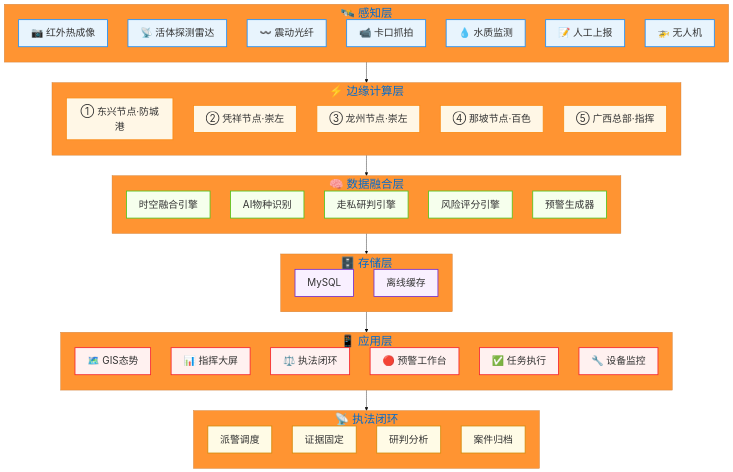
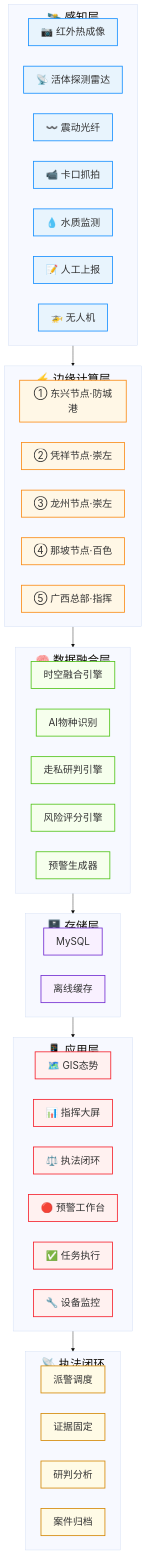
Before and after one commit to ppqqmeimei-create/reyanqinxiao: the diagram in architecture/README.md, drawn with Mermaid.

Commit message:
fix: 添加padding防止标题被边框遮挡
Made-with: Cursor

````diff
--- a/architecture/README.md
+++ b/architecture/README.md
@@ -27,9 +27,8 @@
 ```mermaid
-%%{init: {'theme': 'base', 'themeVariables': { 'fontSize': '24px', 'titleFontSize': '28px', 'primaryColor': '#1890ff', 'border2': '#fa8c16'}}}%%
+%%{init: {'theme': 'base', 'themeVariables': { 'fontSize': '24px', 'titleFontSize': '28px'}}}%%
 flowchart TB
     %% ============ 感知层 ============
-    subgraph S1["<div style='text-align: center; font-size: 28px;'>🛰️ 感知层</div>"]
-        direction TB
+    subgraph S1["<div style='text-align: center; font-size: 28px; padding: 10px;'>🛰️ 感知层</div>"]
         S1_1["📷 红外热成像"]
         S1_2["📡 活体探测雷达"]
         S1_3["〰️ 震动光纤"]
@@ -40,8 +39,7 @@
     end
 
     %% ============ 边缘计算层 ============
-    subgraph S2["<div style='text-align: center; font-size: 28px;'>⚡ 边缘计算层</div>"]
-        direction TB
+    subgraph S2["<div style='text-align: center; font-size: 28px; padding: 10px;'>⚡ 边缘计算层</div>"]
         E1["① 东兴节点·防城港"]
         E2["② 凭祥节点·崇左"]
         E3["③ 龙州节点·崇左"]
@@ -50,8 +48,7 @@
     end
 
     %% ============ 数据融合层 ============
-    subgraph S3["<div style='text-align: center; font-size: 28px;'>🧠 数据融合层</div>"]
-        direction TB
+    subgraph S3["<div style='text-align: center; font-size: 28px; padding: 10px;'>🧠 数据融合层</div>"]
         FUSE["时空融合引擎"]
         AI["AI物种识别"]
         JUDGE["走私研判引擎"]
@@ -60,15 +57,13 @@
     end
 
     %% ============ 存储层 ============
-    subgraph S4["<div style='text-align: center; font-size: 28px;'>🗄️ 存储层</div>"]
-        direction TB
+    subgraph S4["<div style='text-align: center; font-size: 28px; padding: 10px;'>🗄️ 存储层</div>"]
         DB["MySQL"]
         CACHE["离线缓存"]
     end
 
     %% ============ 应用层 ============
-    subgraph S5["<div style='text-align: center; font-size: 28px;'>📱 应用层</div>"]
-        direction TB
+    subgraph S5["<div style='text-align: center; font-size: 28px; padding: 10px;'>📱 应用层</div>"]
         P1["🗺️ GIS态势"]
         P2["📊 指挥大屏"]
         P3["⚖️ 执法闭环"]
@@ -78,8 +73,7 @@
     end
 
     %% ============ 执法闭环 ============
-    subgraph LOOP["<div style='text-align: center; font-size: 28px;'>📡 执法闭环</div>"]
-        direction TB
+    subgraph LOOP["<div style='text-align: center; font-size: 28px; padding: 10px;'>📡 执法闭环</div>"]
         DISPATCH["派警调度"]
         EVIDENCE["证据固定"]
         RESEARCH["研判分析"]
````
